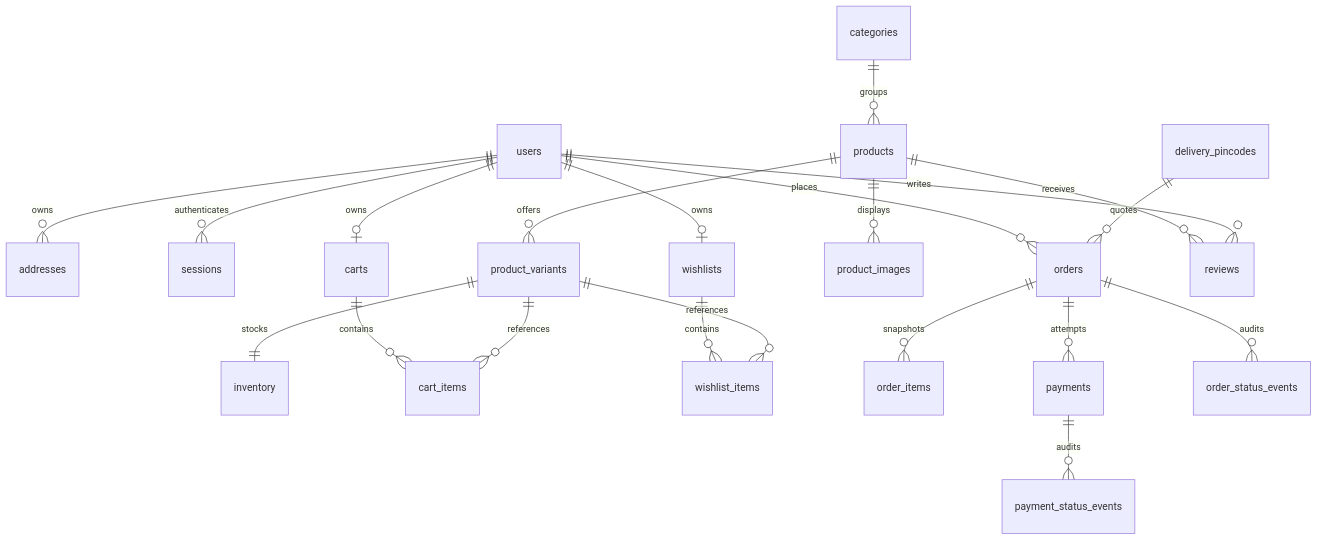
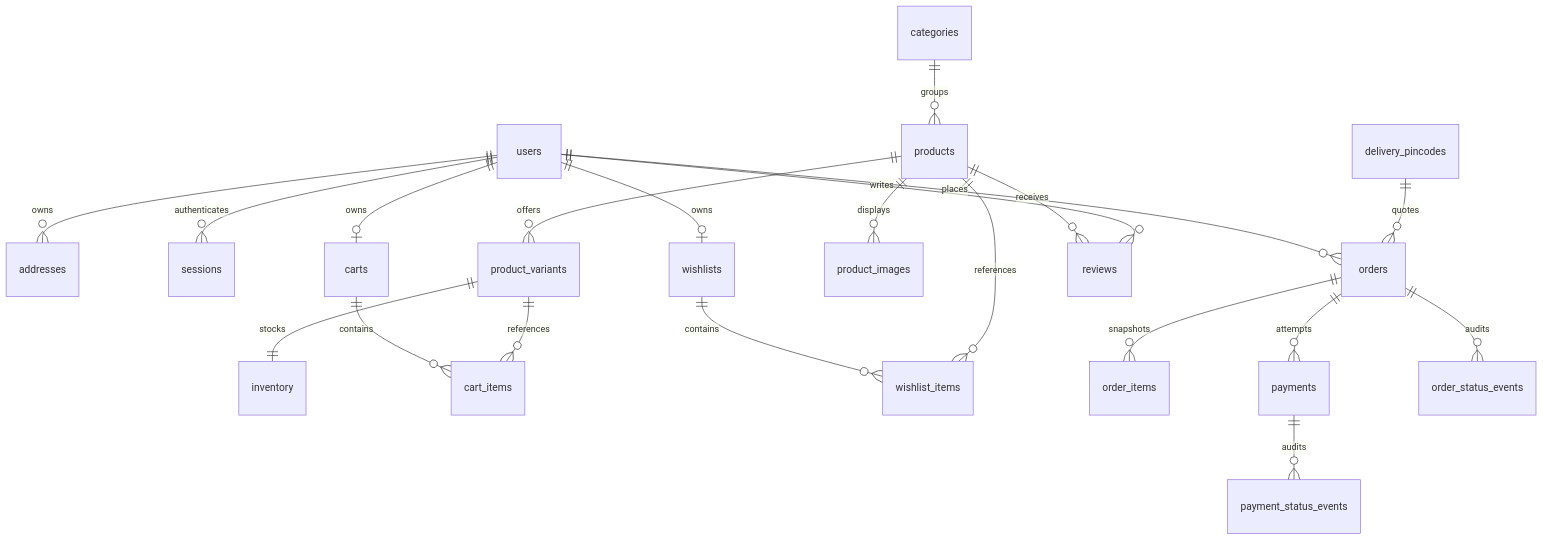
The diagram in docs/database.md (debasis-sahoo72/home-decor-ecommerce), drawn with Mermaid before and after one commit. The commit also changed other lines of this file and 26 other files, not shown here.

````diff
--- a/docs/database.md
+++ b/docs/database.md
@@ -13,23 +13,23 @@
 ```mermaid
 erDiagram
     users ||--o{ addresses : owns
     users ||--o{ sessions : authenticates
     users ||--o| carts : owns
     users ||--o| wishlists : owns
     users ||--o{ orders : places
     categories ||--o{ products : groups
     products ||--o{ product_images : displays
     products ||--o{ product_variants : offers
     product_variants ||--|| inventory : stocks
     carts ||--o{ cart_items : contains
     product_variants ||--o{ cart_items : references
     wishlists ||--o{ wishlist_items : contains
-    product_variants ||--o{ wishlist_items : references
+    products ||--o{ wishlist_items : references
     orders ||--o{ order_items : snapshots
     orders ||--o{ payments : attempts
     orders ||--o{ order_status_events : audits
     payments ||--o{ payment_status_events : audits
     products ||--o{ reviews : receives
     users ||--o{ reviews : writes
     delivery_pincodes ||--o{ orders : quotes
 ```
````
